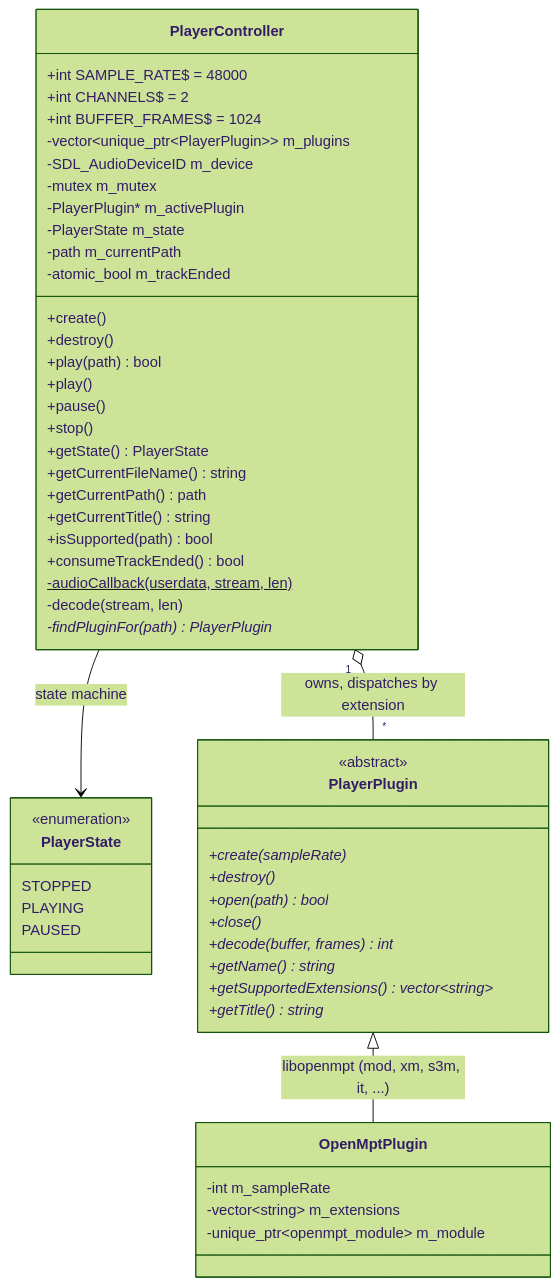
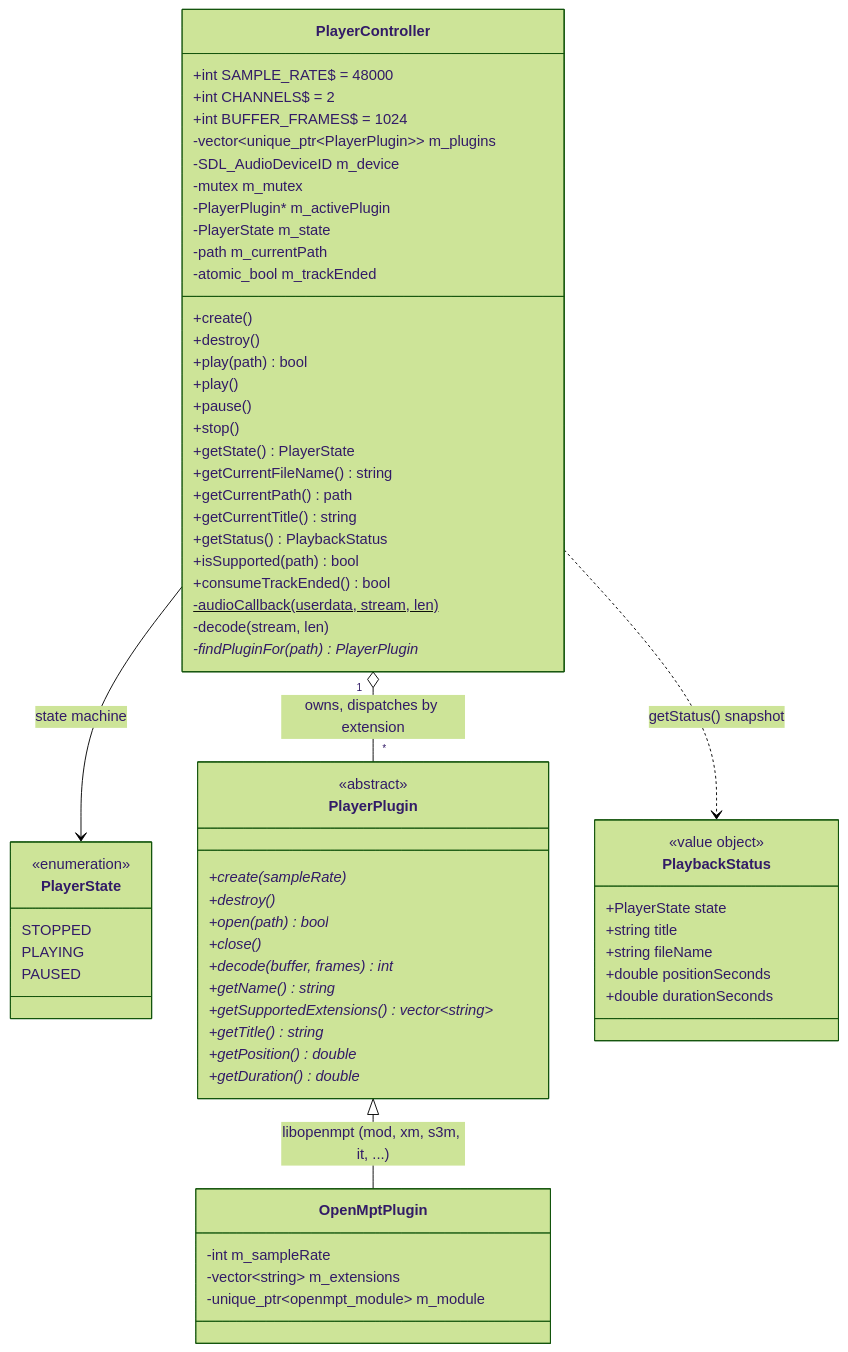
The diagram in docs/audio.md (notnotme/osp2), drawn with Mermaid (forest theme) before and after one commit. The commit also changed other lines of this file and 10 other files, not shown here.

First line of the commit message:
feat: add PlaybackStatus snapshot API to player domain

````diff
--- a/docs/audio.md
+++ b/docs/audio.md
@@ -5,59 +5,72 @@
 ```mermaid
 classDiagram
     class PlayerState {
         <<enumeration>>
         STOPPED
         PLAYING
         PAUSED
     }
 
     class PlayerController {
         +int SAMPLE_RATE$ = 48000
         +int CHANNELS$ = 2
         +int BUFFER_FRAMES$ = 1024
         -vector~unique_ptr~PlayerPlugin~~ m_plugins
         -SDL_AudioDeviceID m_device
         -mutex m_mutex
         -PlayerPlugin* m_activePlugin
         -PlayerState m_state
         -path m_currentPath
         -atomic_bool m_trackEnded
         +create()
         +destroy()
         +play(path) bool
         +play()
         +pause()
         +stop()
         +getState() PlayerState
         +getCurrentFileName() string
         +getCurrentPath() path
         +getCurrentTitle() string
+        +getStatus() PlaybackStatus
         +isSupported(path) bool
         +consumeTrackEnded() bool
         -audioCallback(userdata, stream, len)$
         -decode(stream, len)
         -findPluginFor(path) PlayerPlugin*
     }
 
     class PlayerPlugin {
         <<abstract>>
         +create(sampleRate)*
         +destroy()*
         +open(path)* bool
         +close()*
         +decode(buffer, frames)* int
         +getName()* string
         +getSupportedExtensions()* vector~string~
         +getTitle()* string
+        +getPosition()* double
+        +getDuration()* double
     }
 
     class OpenMptPlugin {
         -int m_sampleRate
         -vector~string~ m_extensions
         -unique_ptr~openmpt_module~ m_module
     }
 
+    class PlaybackStatus {
+        <<value object>>
+        +PlayerState state
+        +string title
+        +string fileName
+        +double positionSeconds
+        +double durationSeconds
+    }
+
     PlayerController --> PlayerState : state machine
+    PlayerController ..> PlaybackStatus : getStatus() snapshot
     PlayerController "1" o-- "*" PlayerPlugin : owns, dispatches by extension
     PlayerPlugin <|-- OpenMptPlugin : libopenmpt (mod, xm, s3m, it, ...)
 ```
````
